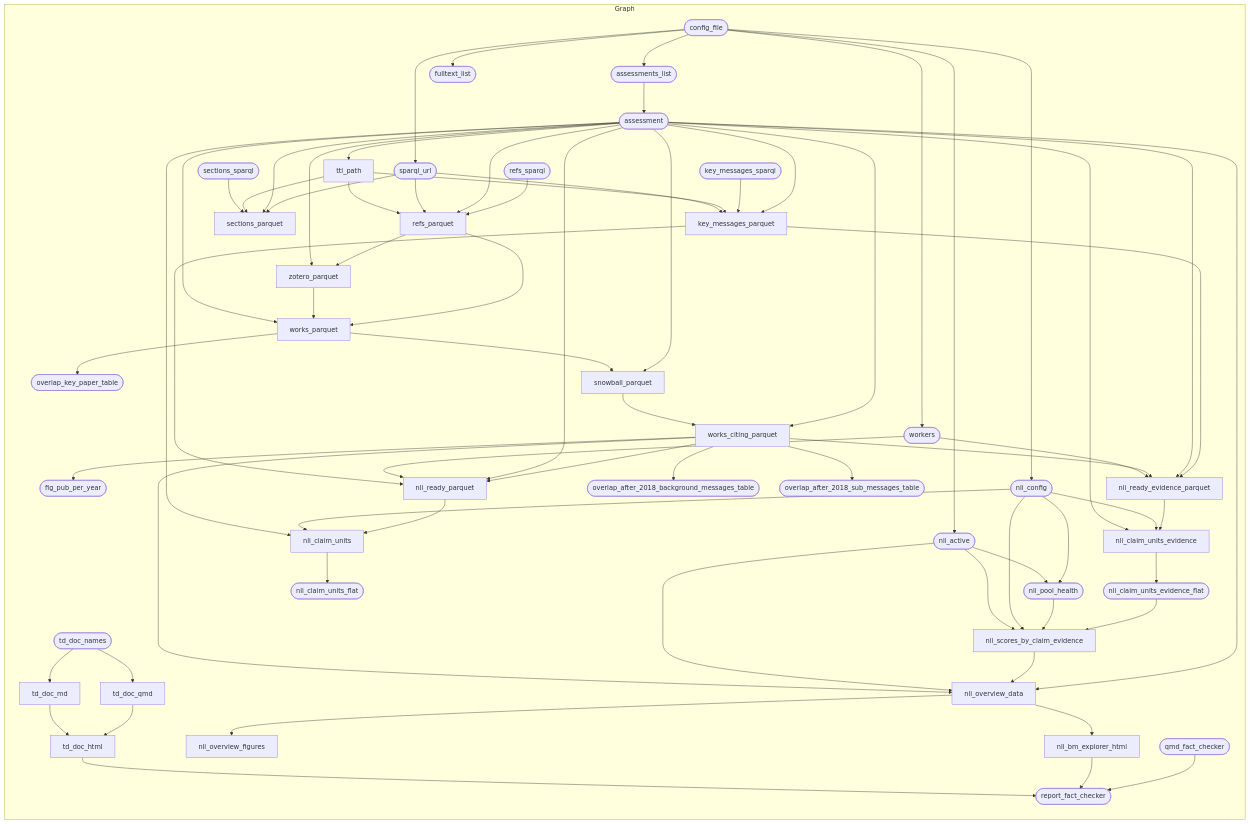
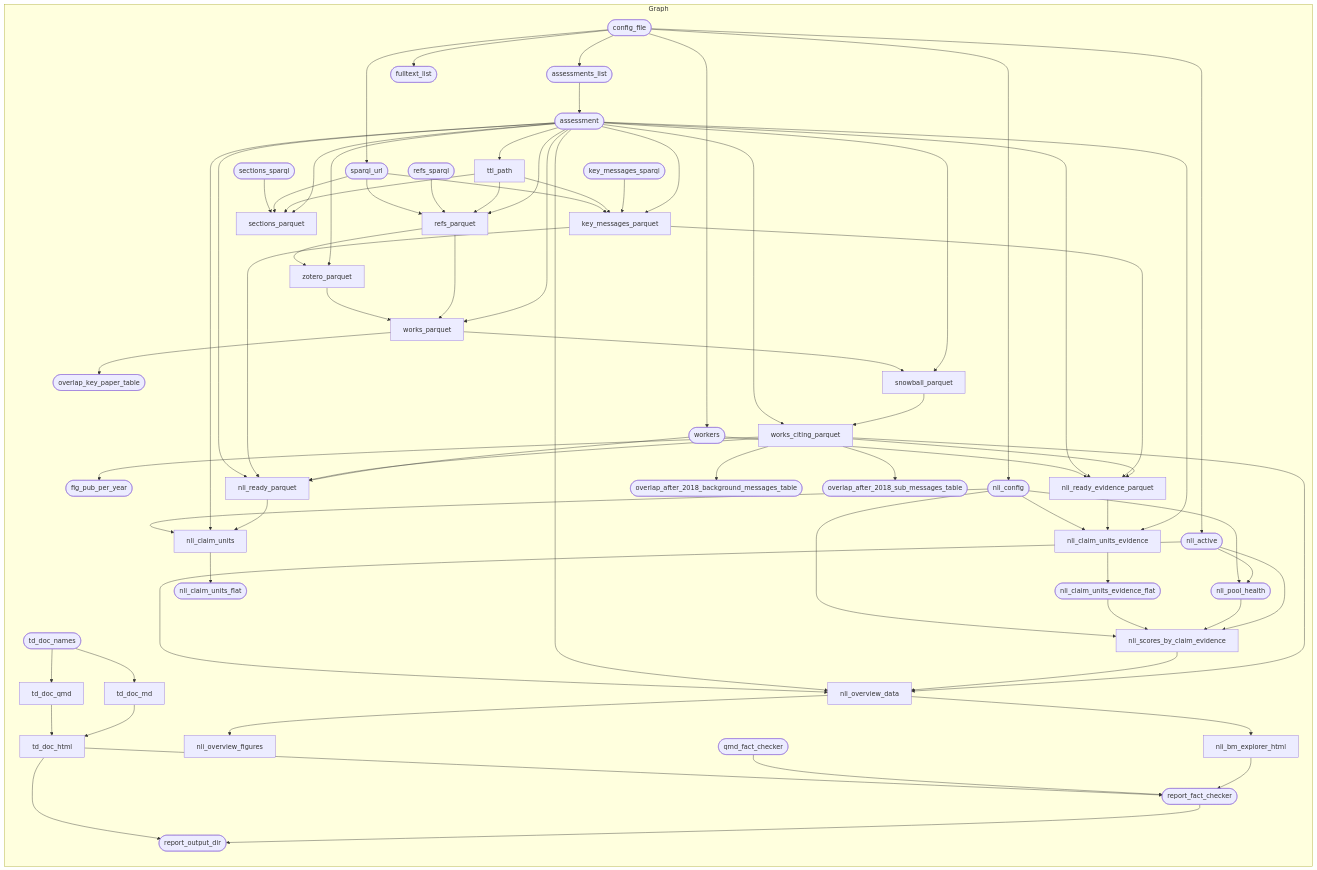
Before and after one commit to IPBES-Data/IPBES_BM_Fact_Checker: the diagram in input/mmd/pipeline_nli.mmd, drawn with Mermaid. The commit also changed 7 other files, not shown here.

First line of the commit message:
Add report_output_dir target and simplify gh-pages deployment

```diff
--- a/input/mmd/pipeline_nli.mmd
+++ b/input/mmd/pipeline_nli.mmd
@@ -1,73 +1,75 @@
 graph TD
   subgraph Graph
     direction TD
     xf8f6f156e3c3b679(["assessments_list"]) --> x7096e63b1af7fc2e(["assessment"])
     x9909b451a6a56060(["config_file"]) --> xf8f6f156e3c3b679(["assessments_list"])
     x6bd40d1623e4b2a6["works_citing_parquet"] --> xd40786f0cfdc7e3a(["fig_pub_per_year"])
     x9909b451a6a56060(["config_file"]) --> x8a0deb79ae55ae78(["fulltext_list"])
     x7096e63b1af7fc2e(["assessment"]) --> x1b5c1cdf9ba064e4["key_messages_parquet"]
     x71e70b33567e8c77(["key_messages_sparql"]) --> x1b5c1cdf9ba064e4["key_messages_parquet"]
     xda2ef7d9d7074388["ttl_path"] --> x1b5c1cdf9ba064e4["key_messages_parquet"]
     xcae032f895dcdbee(["sparql_url"]) --> x1b5c1cdf9ba064e4["key_messages_parquet"]
     x9909b451a6a56060(["config_file"]) --> xdaa9eaf14bf7d9fb(["nli_active"])
     xd29fb8bace3b75b5["nli_overview_data"] --> xebf9664bd97f0406["nli_bm_explorer_html"]
     x2a70a19ca5bda07e["nli_ready_parquet"] --> x2c6c2bd1b14aa53d["nli_claim_units"]
+    x7096e63b1af7fc2e(["assessment"]) --> x2c6c2bd1b14aa53d["nli_claim_units"]
     xc1390bdb2b35a1c0(["nli_config"]) --> x2c6c2bd1b14aa53d["nli_claim_units"]
-    x7096e63b1af7fc2e(["assessment"]) --> x2c6c2bd1b14aa53d["nli_claim_units"]
+    x7096e63b1af7fc2e(["assessment"]) --> x9be7a889ec11d50c["nli_claim_units_evidence"]
     xbe4dac68e009ada6["nli_ready_evidence_parquet"] --> x9be7a889ec11d50c["nli_claim_units_evidence"]
     xc1390bdb2b35a1c0(["nli_config"]) --> x9be7a889ec11d50c["nli_claim_units_evidence"]
-    x7096e63b1af7fc2e(["assessment"]) --> x9be7a889ec11d50c["nli_claim_units_evidence"]
     x9be7a889ec11d50c["nli_claim_units_evidence"] --> xb35639b28214b947(["nli_claim_units_evidence_flat"])
     x2c6c2bd1b14aa53d["nli_claim_units"] --> x51165e9dec51c0e2(["nli_claim_units_flat"])
     x9909b451a6a56060(["config_file"]) --> xc1390bdb2b35a1c0(["nli_config"])
+    x6bd40d1623e4b2a6["works_citing_parquet"] --> xd29fb8bace3b75b5["nli_overview_data"]
+    x848f6ce08c0f5882["nli_scores_by_claim_evidence"] --> xd29fb8bace3b75b5["nli_overview_data"]
     x7096e63b1af7fc2e(["assessment"]) --> xd29fb8bace3b75b5["nli_overview_data"]
-    x848f6ce08c0f5882["nli_scores_by_claim_evidence"] --> xd29fb8bace3b75b5["nli_overview_data"]
     xdaa9eaf14bf7d9fb(["nli_active"]) --> xd29fb8bace3b75b5["nli_overview_data"]
-    x6bd40d1623e4b2a6["works_citing_parquet"] --> xd29fb8bace3b75b5["nli_overview_data"]
     xd29fb8bace3b75b5["nli_overview_data"] --> xed3bc7ddd0e8563b["nli_overview_figures"]
+    xdaa9eaf14bf7d9fb(["nli_active"]) --> xa97d1735ba09b196(["nli_pool_health"])
     xc1390bdb2b35a1c0(["nli_config"]) --> xa97d1735ba09b196(["nli_pool_health"])
-    xdaa9eaf14bf7d9fb(["nli_active"]) --> xa97d1735ba09b196(["nli_pool_health"])
+    x6bd40d1623e4b2a6["works_citing_parquet"] --> xbe4dac68e009ada6["nli_ready_evidence_parquet"]
     x1b5c1cdf9ba064e4["key_messages_parquet"] --> xbe4dac68e009ada6["nli_ready_evidence_parquet"]
     x7096e63b1af7fc2e(["assessment"]) --> xbe4dac68e009ada6["nli_ready_evidence_parquet"]
-    x6bd40d1623e4b2a6["works_citing_parquet"] --> xbe4dac68e009ada6["nli_ready_evidence_parquet"]
     x359cd01ce3cd9deb(["workers"]) --> xbe4dac68e009ada6["nli_ready_evidence_parquet"]
+    x359cd01ce3cd9deb(["workers"]) --> x2a70a19ca5bda07e["nli_ready_parquet"]
     x6bd40d1623e4b2a6["works_citing_parquet"] --> x2a70a19ca5bda07e["nli_ready_parquet"]
+    x1b5c1cdf9ba064e4["key_messages_parquet"] --> x2a70a19ca5bda07e["nli_ready_parquet"]
     x7096e63b1af7fc2e(["assessment"]) --> x2a70a19ca5bda07e["nli_ready_parquet"]
-    x359cd01ce3cd9deb(["workers"]) --> x2a70a19ca5bda07e["nli_ready_parquet"]
-    x1b5c1cdf9ba064e4["key_messages_parquet"] --> x2a70a19ca5bda07e["nli_ready_parquet"]
+    xdaa9eaf14bf7d9fb(["nli_active"]) --> x848f6ce08c0f5882["nli_scores_by_claim_evidence"]
+    xa97d1735ba09b196(["nli_pool_health"]) --> x848f6ce08c0f5882["nli_scores_by_claim_evidence"]
     xb35639b28214b947(["nli_claim_units_evidence_flat"]) --> x848f6ce08c0f5882["nli_scores_by_claim_evidence"]
-    xa97d1735ba09b196(["nli_pool_health"]) --> x848f6ce08c0f5882["nli_scores_by_claim_evidence"]
     xc1390bdb2b35a1c0(["nli_config"]) --> x848f6ce08c0f5882["nli_scores_by_claim_evidence"]
-    xdaa9eaf14bf7d9fb(["nli_active"]) --> x848f6ce08c0f5882["nli_scores_by_claim_evidence"]
     x6bd40d1623e4b2a6["works_citing_parquet"] --> xe910459612d64a0c(["overlap_after_2018_background_messages_table"])
     x6bd40d1623e4b2a6["works_citing_parquet"] --> x68cd312fe317382a(["overlap_after_2018_sub_messages_table"])
     x31e4fc98a3c6921c["works_parquet"] --> x07a3292760da36c7(["overlap_key_paper_table"])
+    x7096e63b1af7fc2e(["assessment"]) --> x4c5608b5b57c599b["refs_parquet"]
+    xda2ef7d9d7074388["ttl_path"] --> x4c5608b5b57c599b["refs_parquet"]
     xf258716a437e6a24(["refs_sparql"]) --> x4c5608b5b57c599b["refs_parquet"]
-    x7096e63b1af7fc2e(["assessment"]) --> x4c5608b5b57c599b["refs_parquet"]
     xcae032f895dcdbee(["sparql_url"]) --> x4c5608b5b57c599b["refs_parquet"]
-    xda2ef7d9d7074388["ttl_path"] --> x4c5608b5b57c599b["refs_parquet"]
+    xebf9664bd97f0406["nli_bm_explorer_html"] --> x786d38e5bf1fa345(["report_fact_checker"])
     x127c757a45df2fd7(["qmd_fact_checker"]) --> x786d38e5bf1fa345(["report_fact_checker"])
-    xebf9664bd97f0406["nli_bm_explorer_html"] --> x786d38e5bf1fa345(["report_fact_checker"])
     xf1a513c8605a3b8d["td_doc_html"] --> x786d38e5bf1fa345(["report_fact_checker"])
-    xcae032f895dcdbee(["sparql_url"]) --> xc27197d40d6acf57["sections_parquet"]
+    x786d38e5bf1fa345(["report_fact_checker"]) --> xecae55c84c4d2070(["report_output_dir"])
+    xf1a513c8605a3b8d["td_doc_html"] --> xecae55c84c4d2070(["report_output_dir"])
     x7096e63b1af7fc2e(["assessment"]) --> xc27197d40d6acf57["sections_parquet"]
     xda2ef7d9d7074388["ttl_path"] --> xc27197d40d6acf57["sections_parquet"]
+    xcae032f895dcdbee(["sparql_url"]) --> xc27197d40d6acf57["sections_parquet"]
     xbaf7d5ee2a70bea4(["sections_sparql"]) --> xc27197d40d6acf57["sections_parquet"]
     x7096e63b1af7fc2e(["assessment"]) --> xdb22778f9ff9b079["snowball_parquet"]
     x31e4fc98a3c6921c["works_parquet"] --> xdb22778f9ff9b079["snowball_parquet"]
     x9909b451a6a56060(["config_file"]) --> xcae032f895dcdbee(["sparql_url"])
+    x7efdca860ccfcea1["td_doc_md"] --> xf1a513c8605a3b8d["td_doc_html"]
     x97d8bb3d3f8fc71c["td_doc_qmd"] --> xf1a513c8605a3b8d["td_doc_html"]
-    x7efdca860ccfcea1["td_doc_md"] --> xf1a513c8605a3b8d["td_doc_html"]
     x3d4965d2b74e01ef(["td_doc_names"]) --> x7efdca860ccfcea1["td_doc_md"]
     x3d4965d2b74e01ef(["td_doc_names"]) --> x97d8bb3d3f8fc71c["td_doc_qmd"]
     x7096e63b1af7fc2e(["assessment"]) --> xda2ef7d9d7074388["ttl_path"]
     x9909b451a6a56060(["config_file"]) --> x359cd01ce3cd9deb(["workers"])
+    xdb22778f9ff9b079["snowball_parquet"] --> x6bd40d1623e4b2a6["works_citing_parquet"]
     x7096e63b1af7fc2e(["assessment"]) --> x6bd40d1623e4b2a6["works_citing_parquet"]
-    xdb22778f9ff9b079["snowball_parquet"] --> x6bd40d1623e4b2a6["works_citing_parquet"]
+    x7096e63b1af7fc2e(["assessment"]) --> x31e4fc98a3c6921c["works_parquet"]
     x4c5608b5b57c599b["refs_parquet"] --> x31e4fc98a3c6921c["works_parquet"]
     xe6d26d705b0e239b["zotero_parquet"] --> x31e4fc98a3c6921c["works_parquet"]
-    x7096e63b1af7fc2e(["assessment"]) --> x31e4fc98a3c6921c["works_parquet"]
+    x7096e63b1af7fc2e(["assessment"]) --> xe6d26d705b0e239b["zotero_parquet"]
     x4c5608b5b57c599b["refs_parquet"] --> xe6d26d705b0e239b["zotero_parquet"]
-    x7096e63b1af7fc2e(["assessment"]) --> xe6d26d705b0e239b["zotero_parquet"]
     
   end
```
